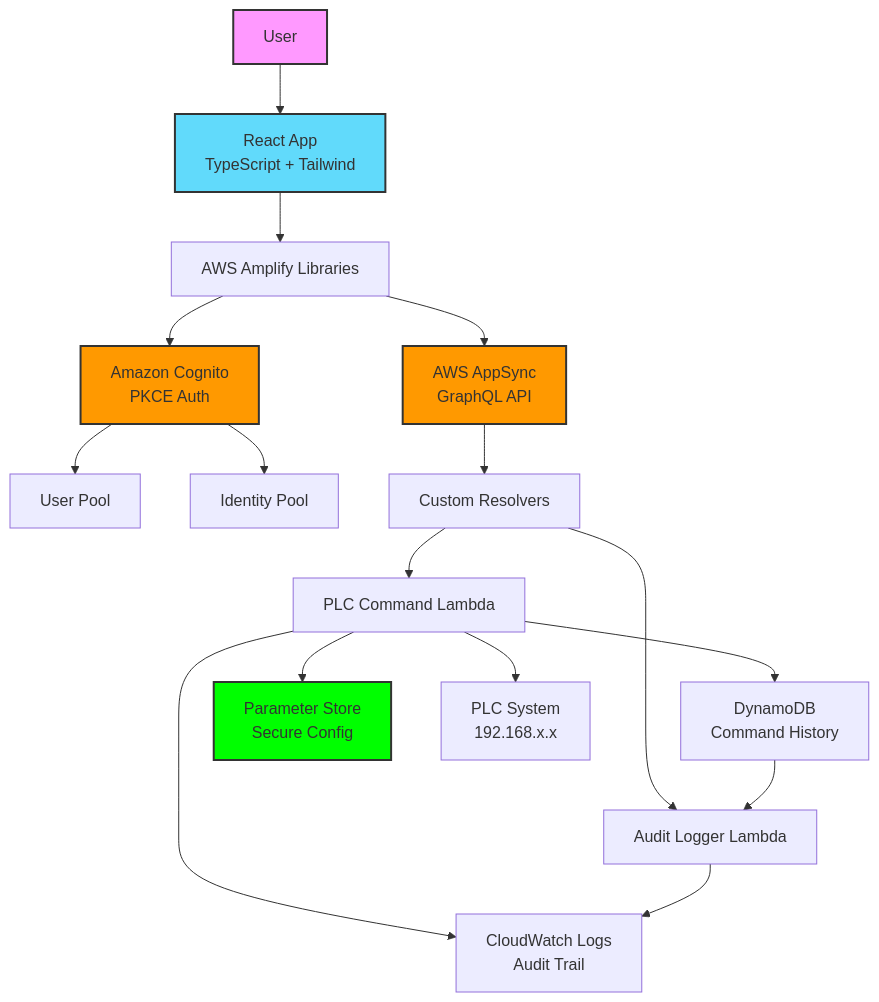
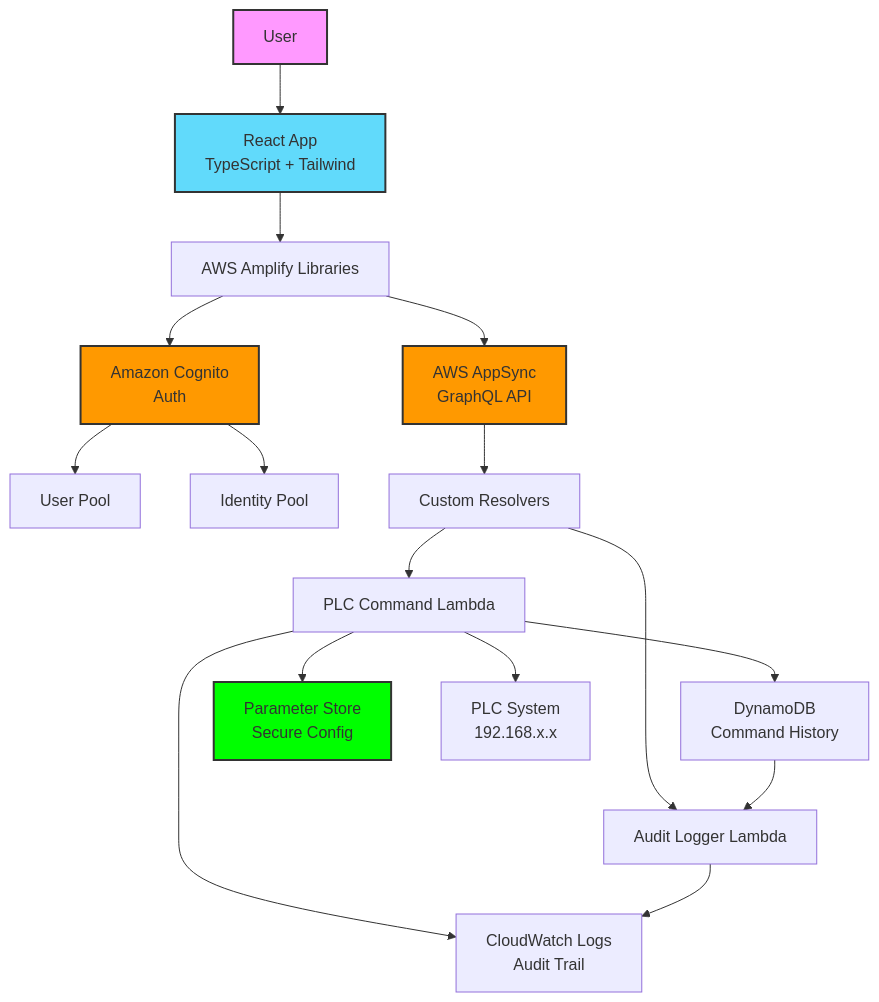
One commit to yuu551/react-amplify changed the first of 2 diagrams in README.md. Above: the diagram before and after it, drawn with Mermaid. The commit also changed other lines of this file, not shown here.

````diff
--- a/README.md
+++ b/README.md
@@ -28,37 +27,37 @@
 ```mermaid
 graph TB
     %% User and Frontend
     A[User] --> B[React App<br/>TypeScript + Tailwind]
     B --> C[AWS Amplify Libraries]
     
     %% Authentication Flow
-    C --> D[Amazon Cognito<br/>PKCE Auth]
+    C --> D[Amazon Cognito<br/>Auth]
     D --> E[User Pool]
     D --> F[Identity Pool]
     
     %% API Layer
     C --> G[AWS AppSync<br/>GraphQL API]
     G --> H[Custom Resolvers]
     
     %% Lambda Functions
     H --> I[PLC Command Lambda]
     H --> J[Audit Logger Lambda]
     
     %% Data Storage
     I --> K[DynamoDB<br/>Command History]
     I --> L[Parameter Store<br/>Secure Config]
     I --> M[CloudWatch Logs<br/>Audit Trail]
     
     %% PLC Control
     I --> N[PLC System<br/>192.168.x.x]
     
     %% Monitoring
     J --> M
     K --> J
     
     style A fill:#f9f,stroke:#333,stroke-width:2px
     style B fill:#61dafb,stroke:#333,stroke-width:2px
     style D fill:#ff9900,stroke:#333,stroke-width:2px
     style G fill:#ff9900,stroke:#333,stroke-width:2px
     style L fill:#00ff00,stroke:#333,stroke-width:2px
 ```
````
